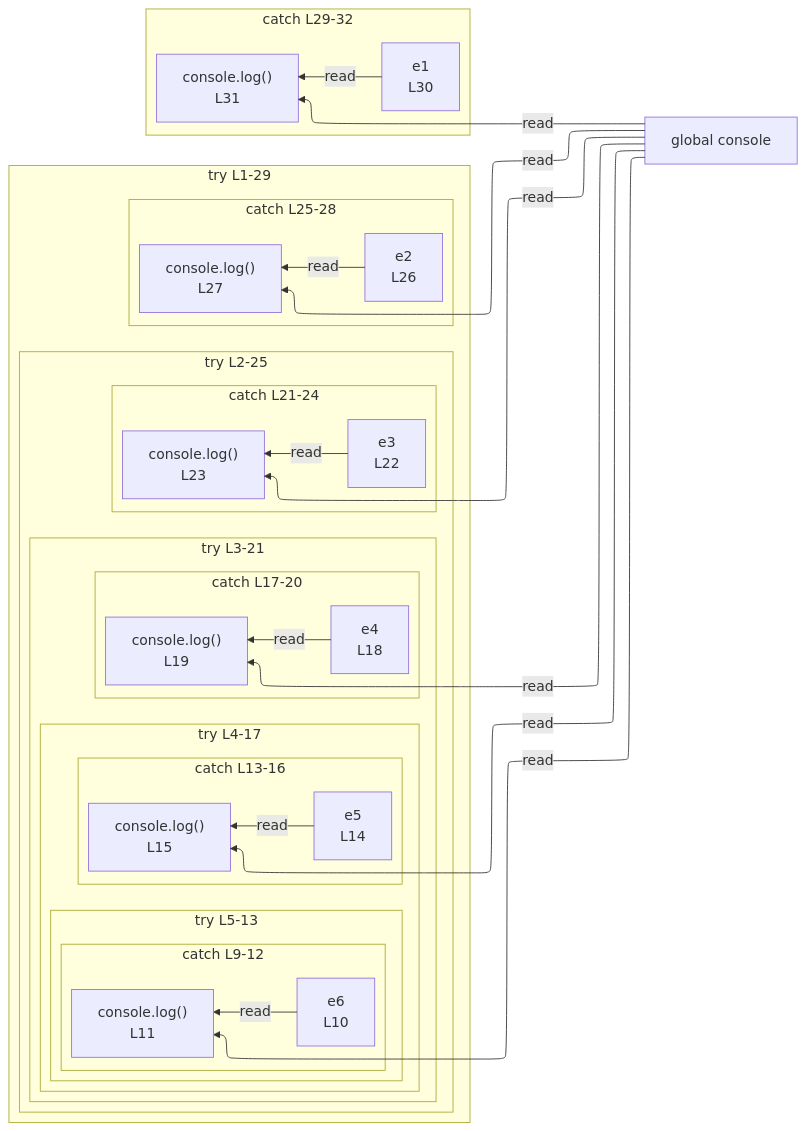
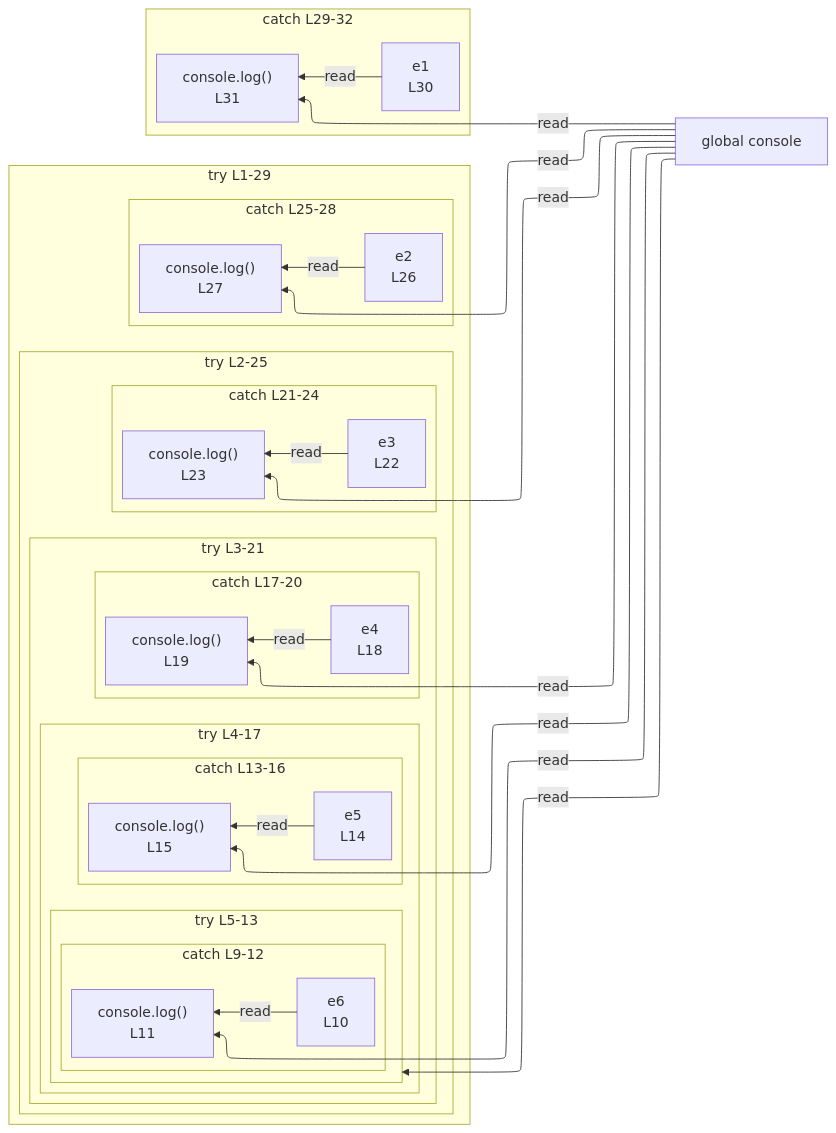
Before and after one commit to crescware/unsnarl: the diagram in integration/fixtures/app-behavior/depth/try-catch-finally/depth-5/preview.md, drawn with Mermaid. The commit also changed 63 other files, not shown here.

````diff
--- a/integration/fixtures/app-behavior/depth/try-catch-finally/depth-5/preview.md
+++ b/integration/fixtures/app-behavior/depth/try-catch-finally/depth-5/preview.md
@@ -42,62 +42,63 @@
 ```mermaid
 %%{init: {"flowchart": {"defaultRenderer": "elk"}}}%%
 flowchart RL
   n_scope_0_console_103["global console"]
   subgraph s_scope_1["try L1-29"]
     direction RL
     subgraph s_scope_2["try L2-25"]
       direction RL
       subgraph s_scope_3["try L3-21"]
         direction RL
         subgraph s_scope_4["try L4-17"]
           direction RL
           subgraph s_scope_5["try L5-13"]
             direction RL
             subgraph s_scope_7["catch L9-12"]
               direction RL
               n_scope_7_e6_157["e6<br/>L10"]
               expr_stmt_180["console.log()<br/>L11"]
             end
           end
           subgraph s_scope_8["catch L13-16"]
             direction RL
             n_scope_8_e5_243["e5<br/>L14"]
             expr_stmt_264["console.log()<br/>L15"]
           end
         end
         subgraph s_scope_9["catch L17-20"]
           direction RL
           n_scope_9_e4_321["e4<br/>L18"]
           expr_stmt_340["console.log()<br/>L19"]
         end
       end
       subgraph s_scope_10["catch L21-24"]
         direction RL
         n_scope_10_e3_391["e3<br/>L22"]
         expr_stmt_408["console.log()<br/>L23"]
       end
     end
     subgraph s_scope_11["catch L25-28"]
       direction RL
       n_scope_11_e2_453["e2<br/>L26"]
       expr_stmt_468["console.log()<br/>L27"]
     end
   end
   subgraph s_scope_12["catch L29-32"]
     direction RL
     n_scope_12_e1_507["e1<br/>L30"]
     expr_stmt_520["console.log()<br/>L31"]
   end
+  n_scope_0_console_103 -->|read| s_scope_5
   n_scope_0_console_103 -->|read| expr_stmt_180
   n_scope_7_e6_157 -->|read| expr_stmt_180
   n_scope_0_console_103 -->|read| expr_stmt_264
   n_scope_8_e5_243 -->|read| expr_stmt_264
   n_scope_0_console_103 -->|read| expr_stmt_340
   n_scope_9_e4_321 -->|read| expr_stmt_340
   n_scope_0_console_103 -->|read| expr_stmt_408
   n_scope_10_e3_391 -->|read| expr_stmt_408
   n_scope_0_console_103 -->|read| expr_stmt_468
   n_scope_11_e2_453 -->|read| expr_stmt_468
   n_scope_0_console_103 -->|read| expr_stmt_520
   n_scope_12_e1_507 -->|read| expr_stmt_520
 ```
````
